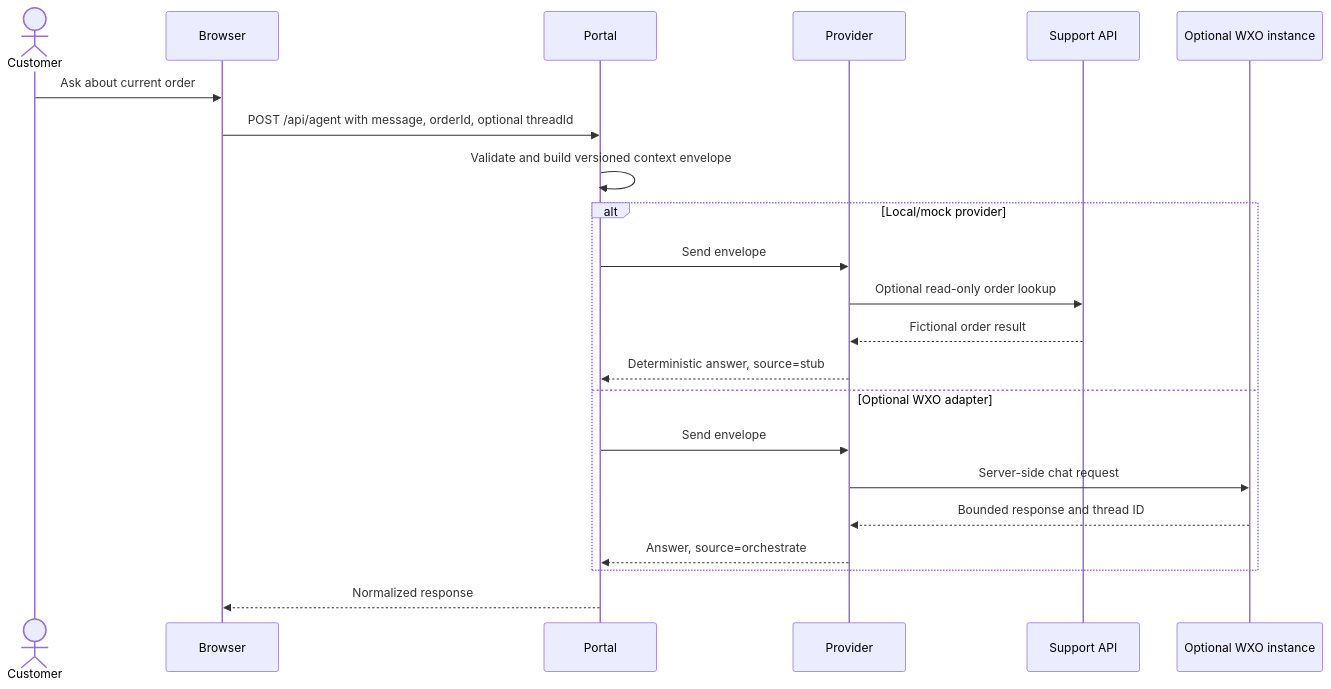
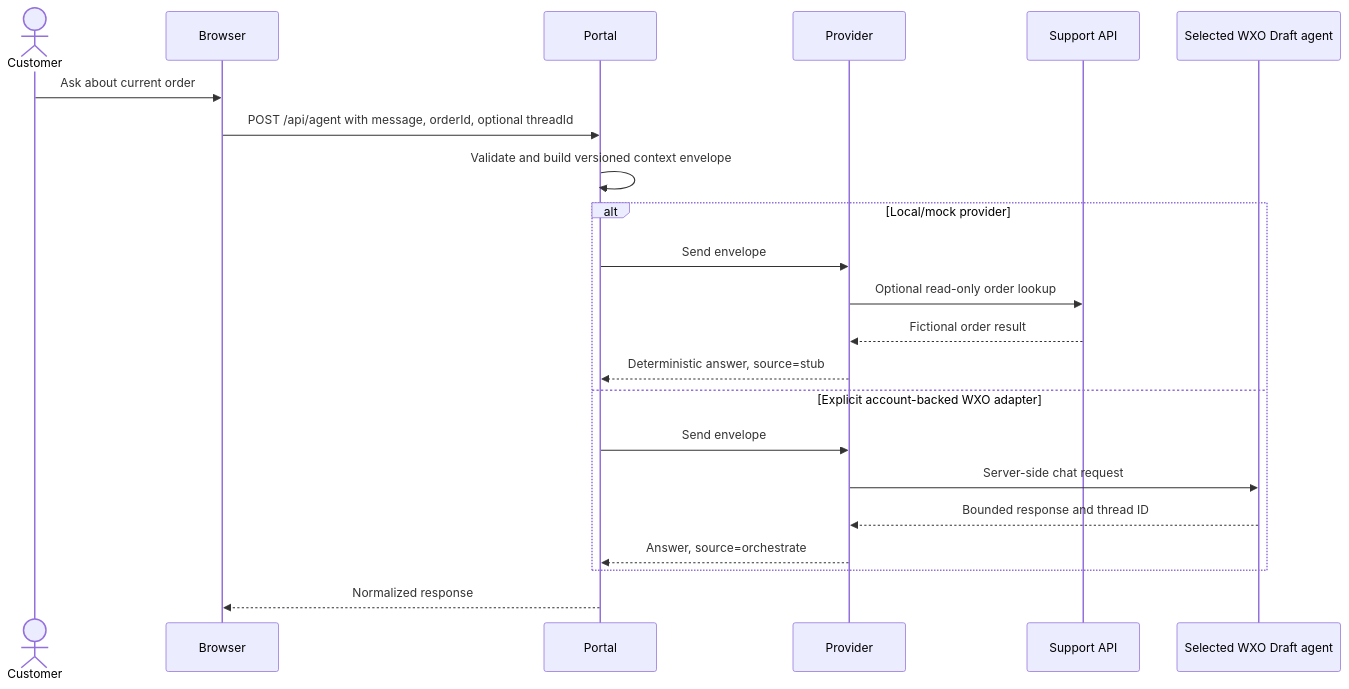
The second of 3 diagrams in docs/data-flow.md (AlexMlodawski/acme-agentic-sdlc-lab), drawn with Mermaid before and after one commit. The commit also changed other lines of this file and 39 other files, not shown here.

Commit message:
feat: complete Bob IDE to WXO workshop flow

````diff
--- a/docs/data-flow.md
+++ b/docs/data-flow.md
@@ -26,25 +26,25 @@
 ```mermaid
 sequenceDiagram
   actor Customer
   participant Browser
   participant Portal
   participant Provider
   participant API as Support API
-  participant WXO as Optional WXO instance
+  participant WXO as Selected WXO Draft agent
 
   Customer->>Browser: Ask about current order
   Browser->>Portal: POST /api/agent with message, orderId, optional threadId
   Portal->>Portal: Validate and build versioned context envelope
   alt Local/mock provider
     Portal->>Provider: Send envelope
     Provider->>API: Optional read-only order lookup
     API-->>Provider: Fictional order result
     Provider-->>Portal: Deterministic answer, source=stub
-  else Optional WXO adapter
+  else Explicit account-backed WXO adapter
     Portal->>Provider: Send envelope
     Provider->>WXO: Server-side chat request
     WXO-->>Provider: Bounded response and thread ID
     Provider-->>Portal: Answer, source=orchestrate
   end
   Portal-->>Browser: Normalized response
 ```
````
